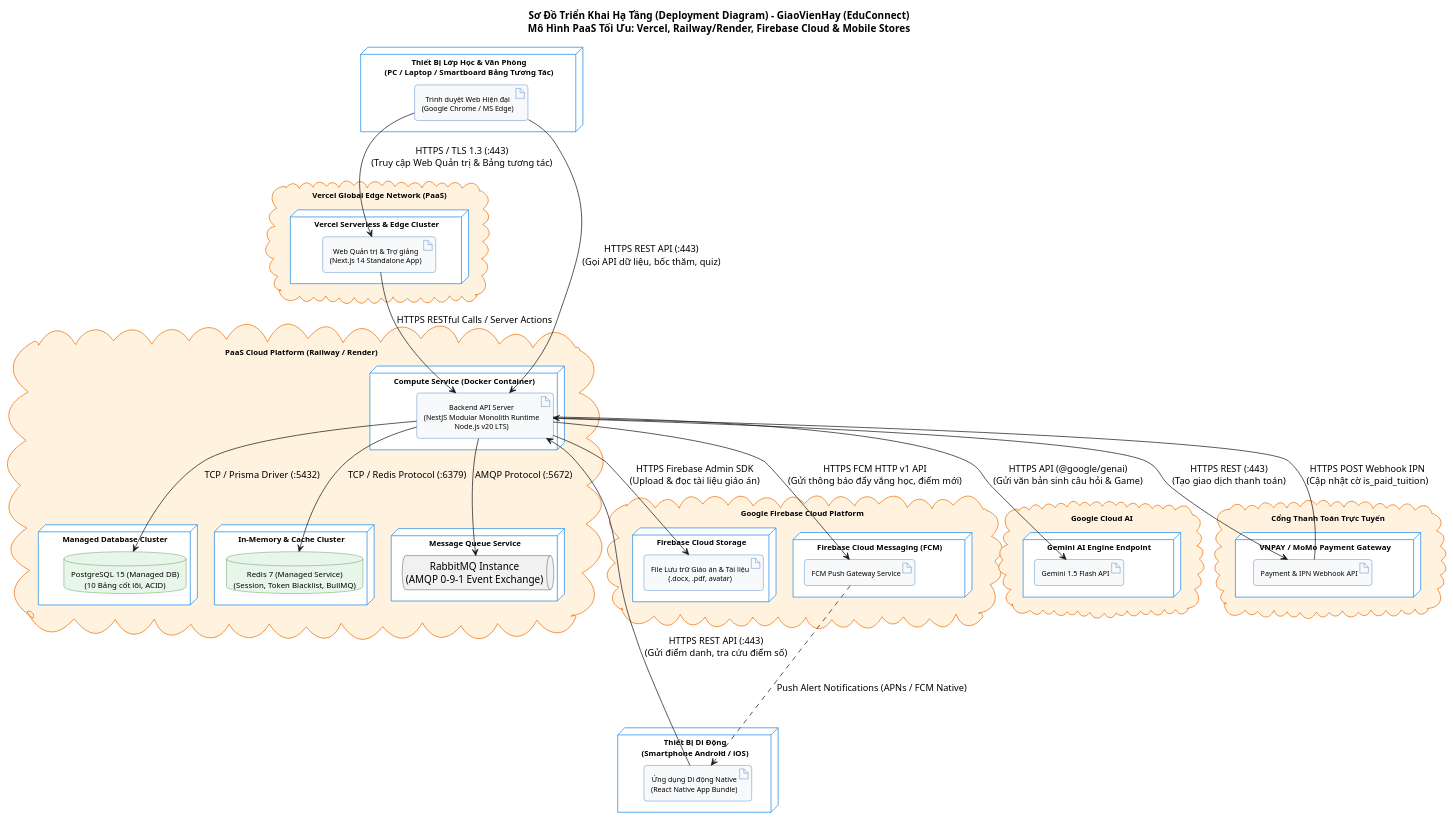
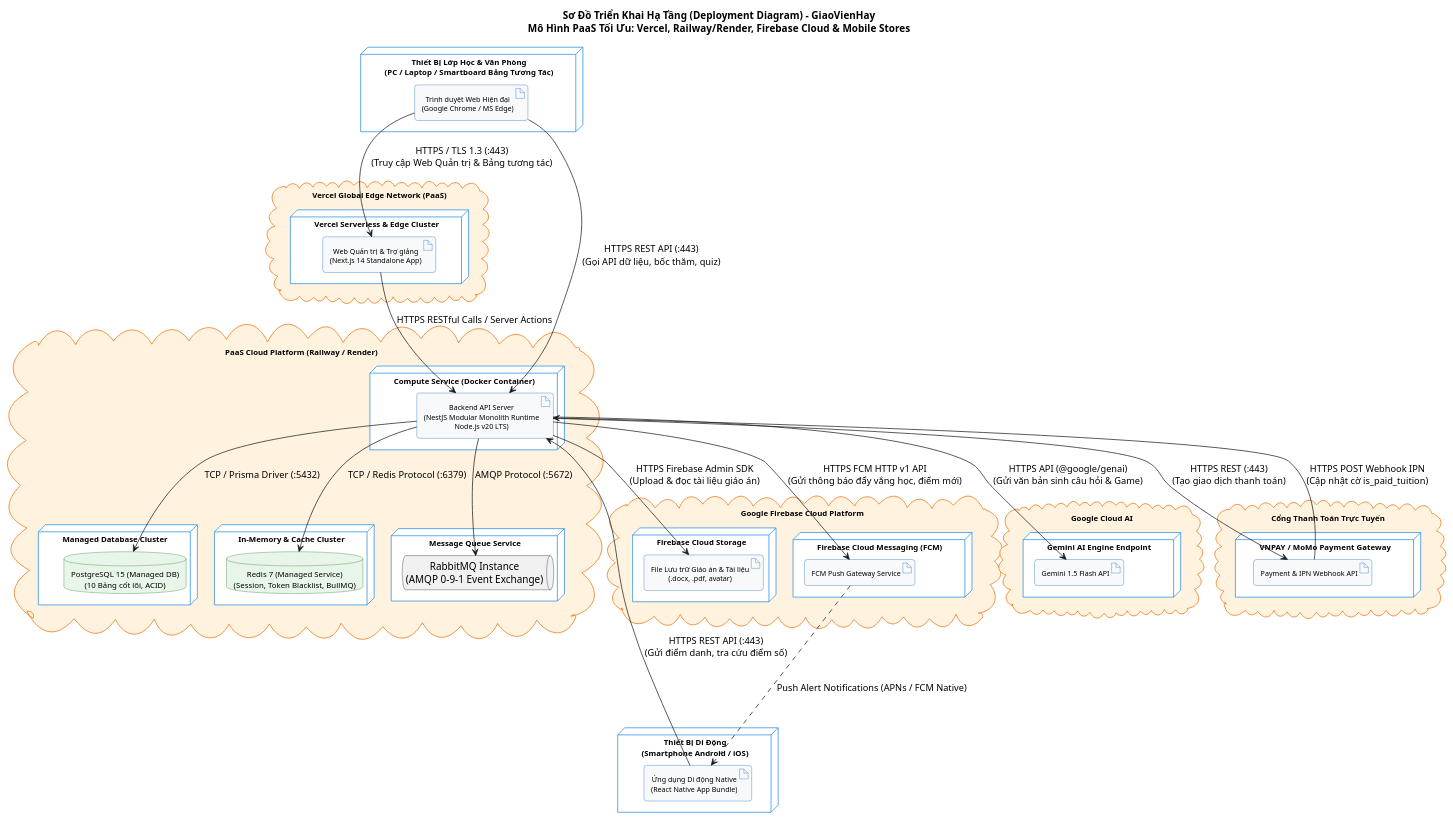
One commit to gray8493/GiaoVienHay changed the diagram in docs/diagrams/puml/deployment_diagram.puml. Above: the diagram before and after it, drawn with PlantUML. The commit also changed other lines of this file and 16 other files, not shown here.

Commit message:
refactor: rename project exclusively to GiaoVienHay and rename master architecture doc

```diff
--- a/docs/diagrams/puml/deployment_diagram.puml
+++ b/docs/diagrams/puml/deployment_diagram.puml
@@ -1,127 +1,127 @@
 @startuml
 skinparam defaultTextAlignment center
 skinparam roundCorner 8
 skinparam BoxPadding 10
 
 skinparam node {
     BackgroundColor #FFFFFF
     BorderColor #1E88E5
     FontSize 11
     FontStyle bold
 }
 
 skinparam artifact {
     BackgroundColor #F8F9FA
     BorderColor #1565C0
     FontSize 10
 }
 
 skinparam database {
     BackgroundColor #E8F5E9
     BorderColor #2E7D32
     FontSize 11
 }
 
 skinparam cloud {
     BackgroundColor #FFF3E0
     BorderColor #EF6C00
     FontSize 11
     FontStyle bold
 }
 
-title Sơ Đồ Triển Khai Hạ Tầng (Deployment Diagram) - GiaoVienHay (EduConnect)\nMô Hình PaaS Tối Ưu: Vercel, Railway/Render, Firebase Cloud & Mobile Stores
+title Sơ Đồ Triển Khai Hạ Tầng (Deployment Diagram) - GiaoVienHay\nMô Hình PaaS Tối Ưu: Vercel, Railway/Render, Firebase Cloud & Mobile Stores
 
 ' ==============================================================================
 ' 1. THIẾT BỊ ĐẦU CUỐI (CLIENT DEVICES)
 ' ==============================================================================
 
 node "Thiết Bị Lớp Học & Văn Phòng\n(PC / Laptop / Smartboard Bảng Tương Tác)" as Device_Desktop {
     artifact "Trình duyệt Web Hiện đại\n(Google Chrome / MS Edge)" as Browser
 }
 
 node "Thiết Bị Di Động\n(Smartphone Android / iOS)" as Device_Mobile {
     artifact "Ứng dụng Di động Native\n(React Native App Bundle)" as MobileApp
 }
 
 ' ==============================================================================
 ' 2. NỀN TẢNG CLOUD PAAS (VERCEL & RAILWAY / RENDER)
 ' ==============================================================================
 
 cloud "Vercel Global Edge Network (PaaS)" as VercelCloud {
     node "Vercel Serverless & Edge Cluster" {
         artifact "Web Quản trị & Trợ giảng\n(Next.js 14 Standalone App)" as NextjsApp
     }
 }
 
 cloud "PaaS Cloud Platform (Railway / Render)" as PaasCloud {
     node "Compute Service (Docker Container)" as ApiNode {
         artifact "Backend API Server\n(NestJS Modular Monolith Runtime\nNode.js v20 LTS)" as NestjsApp
     }
 
     node "Managed Database Cluster" as DbNode {
         database "PostgreSQL 15 (Managed DB)\n(10 Bảng cốt lõi, ACID)" as PostgresInstance
     }
 
     node "In-Memory & Cache Cluster" as CacheNode {
         database "Redis 7 (Managed Service)\n(Session, Token Blacklist, BullMQ)" as RedisInstance
     }
 
     node "Message Queue Service" as QueueNode {
         queue "RabbitMQ Instance\n(AMQP 0-9-1 Event Exchange)" as RabbitInstance
     }
 }
 
 ' ==============================================================================
 ' 3. HỆ SINH THÁI GOOGLE FIREBASE & EXTERNAL APIS
 ' ==============================================================================
 
 cloud "Google Firebase Cloud Platform" as FirebaseCloud {
     node "Firebase Cloud Storage" {
         artifact "File Lưu trữ Giáo án & Tài liệu\n(.docx, .pdf, avatar)" as StorageBucket
     }
     
     node "Firebase Cloud Messaging (FCM)" {
         artifact "FCM Push Gateway Service" as FcmGateway
     }
 }
 
 cloud "Google Cloud AI" as GoogleAI {
     node "Gemini AI Engine Endpoint" {
         artifact "Gemini 1.5 Flash API" as GeminiEndpoint
     }
 }
 
 cloud "Cổng Thanh Toán Trực Tuyến" as PaymentCloud {
     node "VNPAY / MoMo Payment Gateway" {
         artifact "Payment & IPN Webhook API" as PaymentEndpoint
     }
 }
 
 ' ==============================================================================
 ' CÁC KẾT NỐI MẠNG & GIAO THỨC (NETWORK CONNECTIONS)
 ' ==============================================================================
 
 ' Client tương tác với Web và API
 Browser --> NextjsApp : HTTPS / TLS 1.3 (:443)\n(Truy cập Web Quản trị & Bảng tương tác)
 Browser --> NestjsApp : HTTPS REST API (:443)\n(Gọi API dữ liệu, bốc thăm, quiz)
 MobileApp --> NestjsApp : HTTPS REST API (:443)\n(Gửi điểm danh, tra cứu điểm số)
 
 ' Vercel Next.js giao tiếp với Backend
 NextjsApp --> NestjsApp : HTTPS RESTful Calls / Server Actions
 
 ' Backend nội bộ trong PaaS Platform (Private Network siêu nhanh)
 NestjsApp --> PostgresInstance : TCP / Prisma Driver (:5432)
 NestjsApp --> RedisInstance : TCP / Redis Protocol (:6379)
 NestjsApp --> RabbitInstance : AMQP Protocol (:5672)
 
 ' Backend kết nối Firebase Cloud
 NestjsApp --> StorageBucket : HTTPS Firebase Admin SDK\n(Upload & đọc tài liệu giáo án)
 NestjsApp --> FcmGateway : HTTPS FCM HTTP v1 API\n(Gửi thông báo đẩy vắng học, điểm mới)
 FcmGateway -.-> MobileApp : Push Alert Notifications (APNs / FCM Native)
 
 ' Backend kết nối AI & Payment
 NestjsApp --> GeminiEndpoint : HTTPS API (@google/genai)\n(Gửi văn bản sinh câu hỏi & Game)
 NestjsApp --> PaymentEndpoint : HTTPS REST (:443)\n(Tạo giao dịch thanh toán)
 PaymentEndpoint --> NestjsApp : HTTPS POST Webhook IPN\n(Cập nhật cờ is_paid_tuition)
 
 @enduml
```
